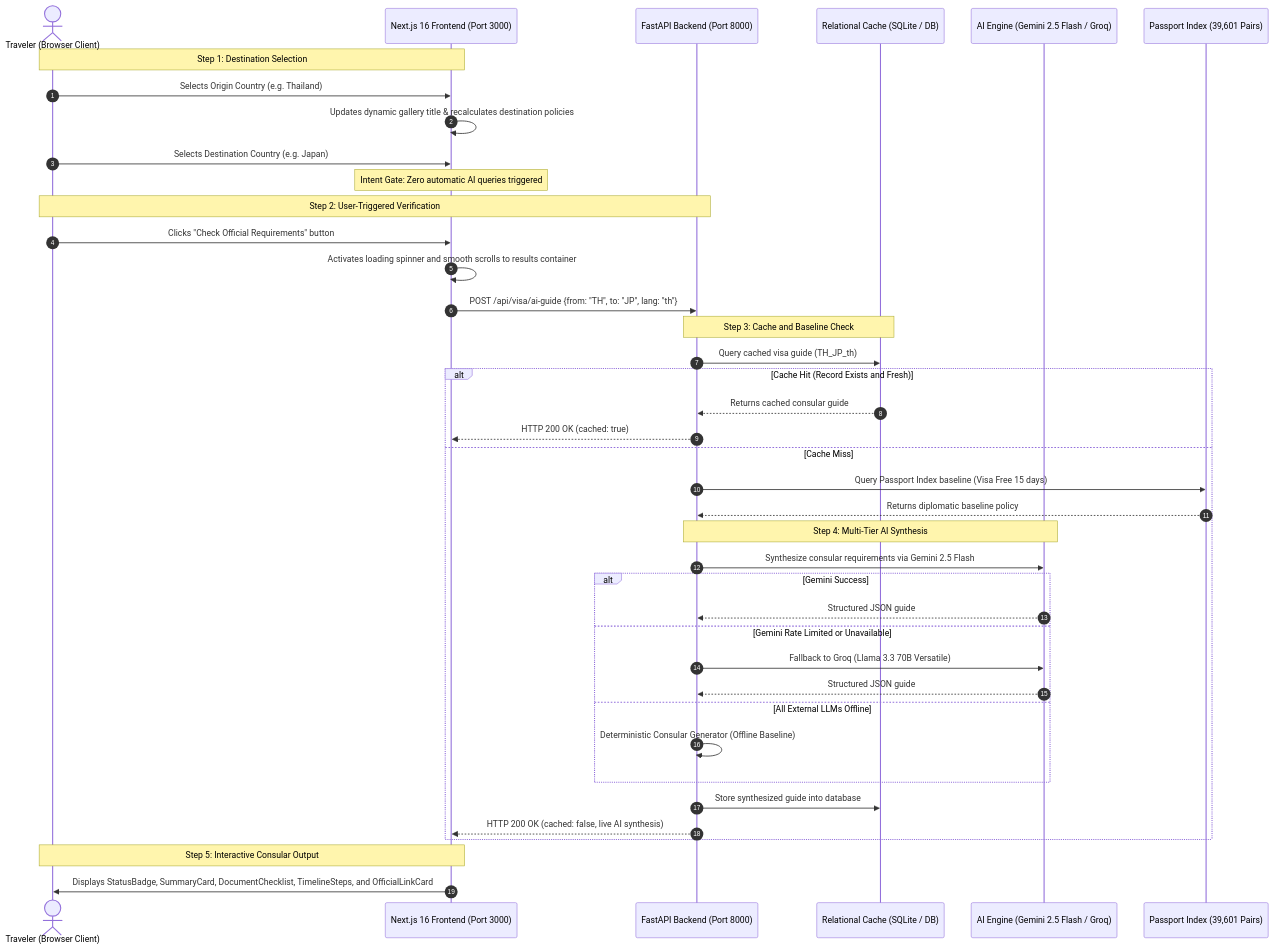
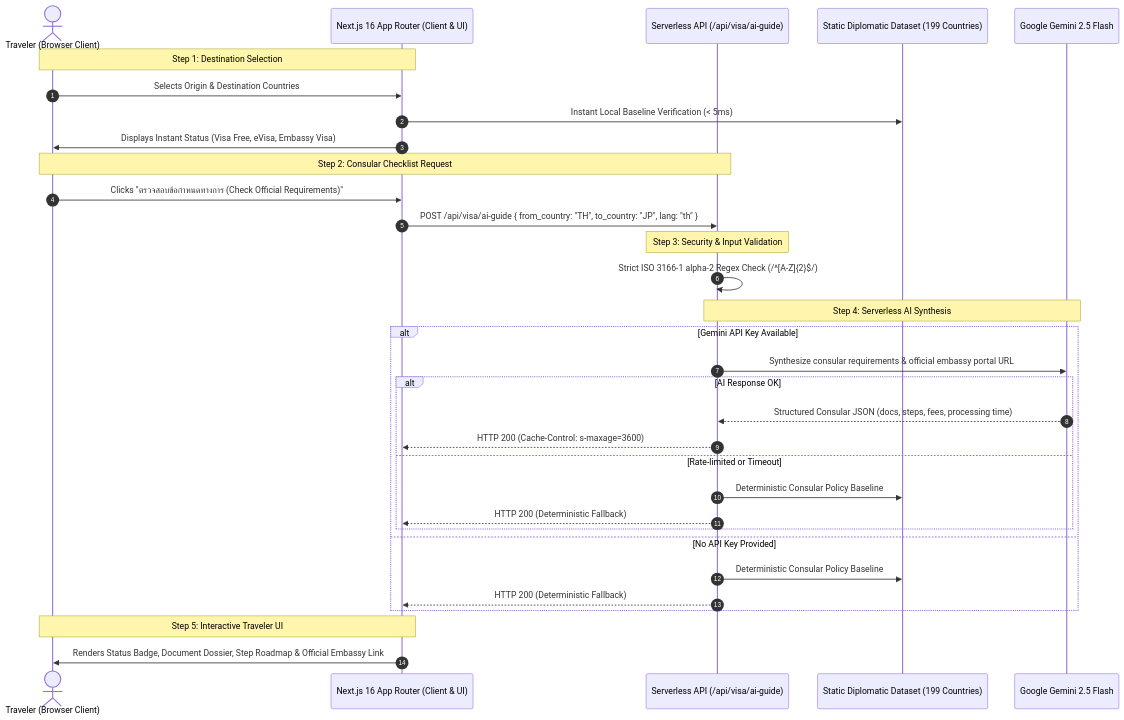
Before and after one commit to ZillerDX/globepass-visa: the diagram in README.md, drawn with Mermaid. The commit also changed other lines of this file and 5 other files, not shown here.

Commit message:
feat: serverless Next.js route handlers for zero-database Vercel deployment and updated professional docs

````diff
--- a/README.md
+++ b/README.md
@@ -9,46 +13,39 @@
 ```mermaid
 sequenceDiagram
     autonumber
     actor User as Traveler (Browser Client)
-    participant FE as Next.js 16 Frontend (Port 3000)
-    participant BE as FastAPI Backend (Port 8000)
-    participant Cache as Relational Cache (SQLite / DB)
-    participant AI as AI Engine (Gemini 2.5 Flash / Groq)
-    participant DB as Passport Index (39,601 Pairs)
+    participant FE as Next.js 16 App Router (Client & UI)
+    participant Edge as Serverless API (/api/visa/ai-guide)
+    participant Dataset as Static Diplomatic Dataset (199 Countries)
+    participant AI as Google Gemini 2.5 Flash
 
     Note over User, FE: Step 1: Destination Selection
-    User->>FE: Selects Origin Country (e.g. Thailand)
-    FE->>FE: Updates dynamic gallery title & recalculates destination policies
-    User->>FE: Selects Destination Country (e.g. Japan)
-    Note over FE: Intent Gate: Zero automatic AI queries triggered
+    User->>FE: Selects Origin & Destination Countries
+    FE->>Dataset: Instant Local Baseline Verification (< 5ms)
+    FE->>User: Displays Instant Status (Visa Free, eVisa, Embassy Visa)
 
-    Note over User, BE: Step 2: User-Triggered Verification
-    User->>FE: Clicks "Check Official Requirements" button
-    FE->>FE: Activates loading spinner and smooth scrolls to results container
-    FE->>BE: POST /api/visa/ai-guide {from: "TH", to: "JP", lang: "th"}
-
-    Note over BE, Cache: Step 3: Cache and Baseline Check
-    BE->>Cache: Query cached visa guide (TH_JP_th)
-    alt Cache Hit (Record Exists and Fresh)
-        Cache-->>BE: Returns cached consular guide
-        BE-->>FE: HTTP 200 OK (cached: true)
-    else Cache Miss
-        BE->>DB: Query Passport Index baseline (Visa Free 15 days)
-        DB-->>BE: Returns diplomatic baseline policy
-        Note over BE, AI: Step 4: Multi-Tier AI Synthesis
-        BE->>AI: Synthesize consular requirements via Gemini 2.5 Flash
-        alt Gemini Success
-            AI-->>BE: Structured JSON guide
-        else Gemini Rate Limited or Unavailable
-            BE->>AI: Fallback to Groq (Llama 3.3 70B Versatile)
-            AI-->>BE: Structured JSON guide
-        else All External LLMs Offline
-            BE->>BE: Deterministic Consular Generator (Offline Baseline)
+    Note over User, Edge: Step 2: Consular Checklist Request
+    User->>FE: Clicks "ตรวจสอบข้อกำหนดทางการ (Check Official Requirements)"
+    FE->>Edge: POST /api/visa/ai-guide { from_country: "TH", to_country: "JP", lang: "th" }
+    
+    Note over Edge: Step 3: Security & Input Validation
+    Edge->>Edge: Strict ISO 3166-1 alpha-2 Regex Check (/^[A-Z]{2}$/)
+    
+    Note over Edge, AI: Step 4: Serverless AI Synthesis
+    alt Gemini API Key Available
+        Edge->>AI: Synthesize consular requirements & official embassy portal URL
+        alt AI Response OK
+            AI-->>Edge: Structured Consular JSON (docs, steps, fees, processing time)
+            Edge-->>FE: HTTP 200 (Cache-Control: s-maxage=3600)
+        else Rate-limited or Timeout
+            Edge->>Dataset: Deterministic Consular Policy Baseline
+            Edge-->>FE: HTTP 200 (Deterministic Fallback)
         end
-        BE->>Cache: Store synthesized guide into database
-        BE-->>FE: HTTP 200 OK (cached: false, live AI synthesis)
+    else No API Key Provided
+        Edge->>Dataset: Deterministic Consular Policy Baseline
+        Edge-->>FE: HTTP 200 (Deterministic Fallback)
     end
 
-    Note over FE, User: Step 5: Interactive Consular Output
-    FE->>User: Displays StatusBadge, SummaryCard, DocumentChecklist, TimelineSteps, and OfficialLinkCard
+    Note over FE, User: Step 5: Interactive Traveler UI
+    FE->>User: Renders Status Badge, Document Dossier, Step Roadmap & Official Embassy Link
 ```
````
